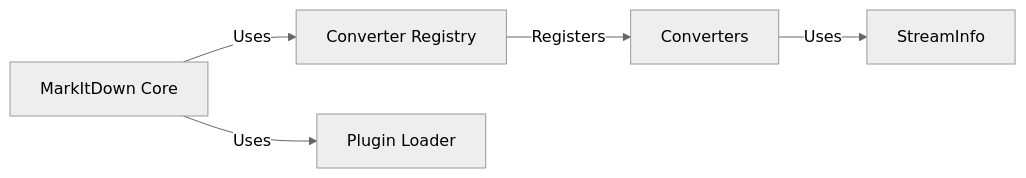
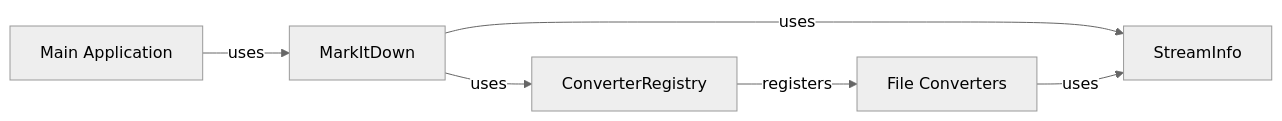
One commit to CodeBoarding/GeneratedOnBoardings changed the diagram in markitdown/on_boarding.md. Above: the diagram before and after it, drawn with Mermaid (neutral theme). The commit also changed other lines of this file and 5 other files, not shown here.

````diff
--- a/markitdown/on_boarding.md
+++ b/markitdown/on_boarding.md
@@ -1,16 +1,14 @@
 ```mermaid
 graph LR
-    MarkItDown_Core["MarkItDown Core"]
-    Converter_Registry["Converter Registry"]
-    Converters["Converters"]
+    Main_Application["Main Application"]
+    MarkItDown["MarkItDown"]
+    ConverterRegistry["ConverterRegistry"]
     StreamInfo["StreamInfo"]
-    Plugin_Loader["Plugin Loader"]
-    MarkItDown_Core -- "Uses" --> Converter_Registry
-    MarkItDown_Core -- "Uses" --> Plugin_Loader
-    Converter_Registry -- "Registers" --> Converters
-    Converters -- "Uses" --> StreamInfo
-    click MarkItDown_Core href "https://github.com/CodeBoarding/GeneratedOnBoardings/blob/main//markitdown/MarkItDown_Core.md" "Details"
-    click Converter_Registry href "https://github.com/CodeBoarding/GeneratedOnBoardings/blob/main//markitdown/Converter_Registry.md" "Details"
-    click Converters href "https://github.com/CodeBoarding/GeneratedOnBoardings/blob/main//markitdown/Converters.md" "Details"
-    click StreamInfo href "https://github.com/CodeBoarding/GeneratedOnBoardings/blob/main//markitdown/StreamInfo.md" "Details"
+    File_Converters["File Converters"]
+    Main_Application -- "uses" --> MarkItDown
+    MarkItDown -- "uses" --> ConverterRegistry
+    MarkItDown -- "uses" --> StreamInfo
+    ConverterRegistry -- "registers" --> File_Converters
+    File_Converters -- "uses" --> StreamInfo
+    click MarkItDown href "https://github.com/CodeBoarding/GeneratedOnBoardings/blob/main//markitdown/MarkItDown.md" "Details"
 ```
````
